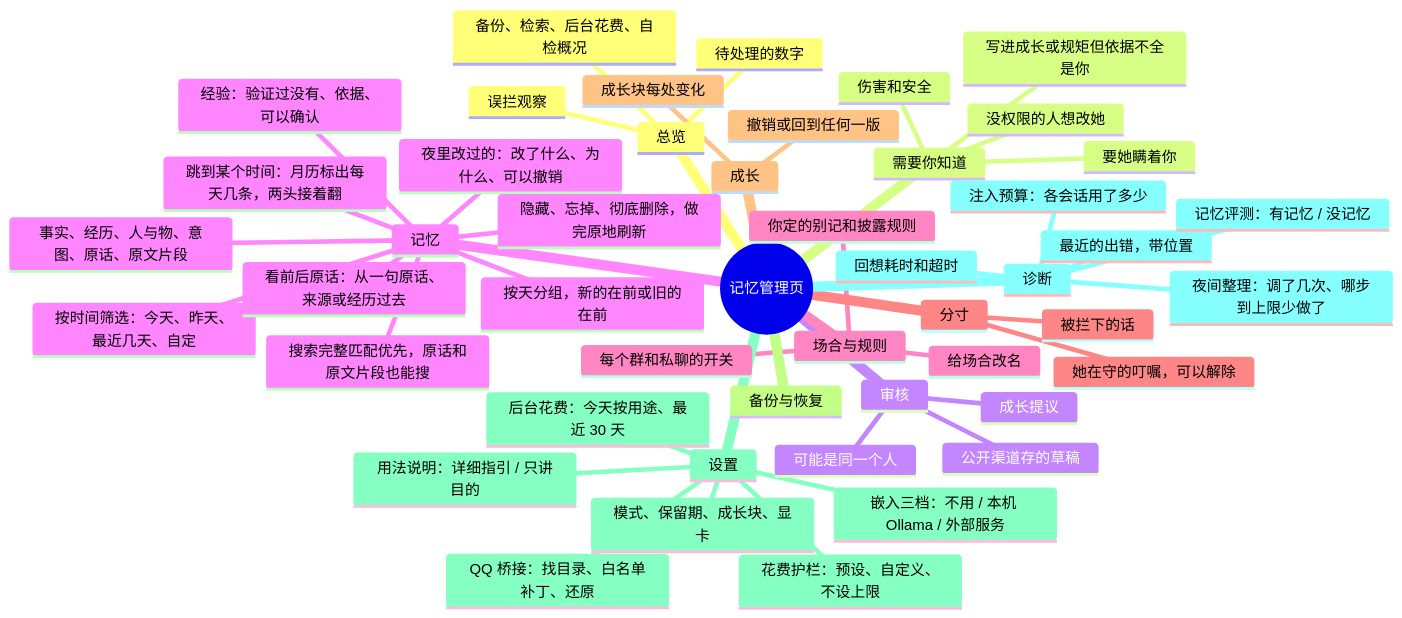
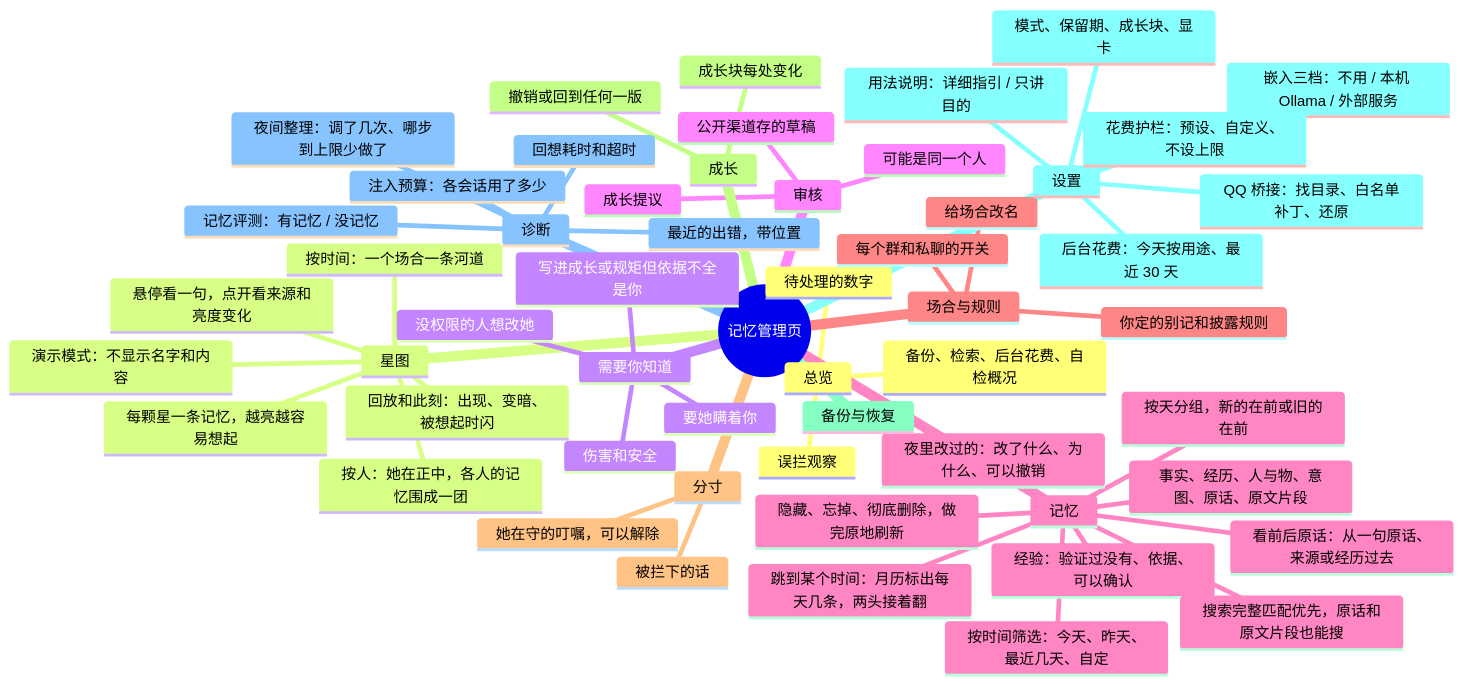
One commit to QiuYeDx/dsh-rugu changed the tenth of 10 diagrams in docs/图解.md. Above: the diagram before and after it, drawn with Mermaid. The commit also changed other lines of this file and 3 other files, not shown here.

First line of the commit message:
星图进图解和 D 号表；演示模式里 DSH 桌面会话叫「桌面会话」（D163）

````diff
--- a/docs/图解.md
+++ b/docs/图解.md
@@ -375,51 +375,58 @@
 ```mermaid
 mindmap
   root((记忆管理页))
     总览
       待处理的数字
       误拦观察
       备份、检索、后台花费、自检概况
+    星图
+      每颗星一条记忆，越亮越容易想起
+      按人：她在正中，各人的记忆围成一团
+      按时间：一个场合一条河道
+      回放和此刻：出现、变暗、被想起时闪
+      悬停看一句，点开看来源和亮度变化
+      演示模式：不显示名字和内容
     需要你知道
       没权限的人想改她
       要她瞒着你
       伤害和安全
       写进成长或规矩但依据不全是你
     审核
       公开渠道存的草稿
       可能是同一个人
       成长提议
     记忆
       事实、经历、人与物、意图、原话、原文片段
       夜里改过的：改了什么、为什么、可以撤销
       经验：验证过没有、依据、可以确认
       隐藏、忘掉、彻底删除，做完原地刷新
       搜索完整匹配优先，原话和原文片段也能搜
       按时间筛选：今天、昨天、最近几天、自定
       跳到某个时间：月历标出每天几条，两头接着翻
       按天分组，新的在前或旧的在前
       看前后原话：从一句原话、来源或经历过去
     场合与规则
       每个群和私聊的开关
       给场合改名
       你定的别记和披露规则
     分寸
       被拦下的话
       她在守的叮嘱，可以解除
     成长
       成长块每处变化
       撤销或回到任何一版
     备份与恢复
     设置
       嵌入三档：不用 / 本机 Ollama / 外部服务
       QQ 桥接：找目录、白名单补丁、还原
       模式、保留期、成长块、显卡
       用法说明：详细指引 / 只讲目的
       后台花费：今天按用途、最近 30 天
       花费护栏：预设、自定义、不设上限
     诊断
       夜间整理：调了几次、哪步到上限少做了
       最近的出错，带位置
       回想耗时和超时
       记忆评测：有记忆 / 没记忆
       注入预算：各会话用了多少
 ```
````
